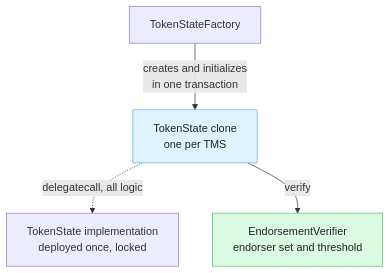
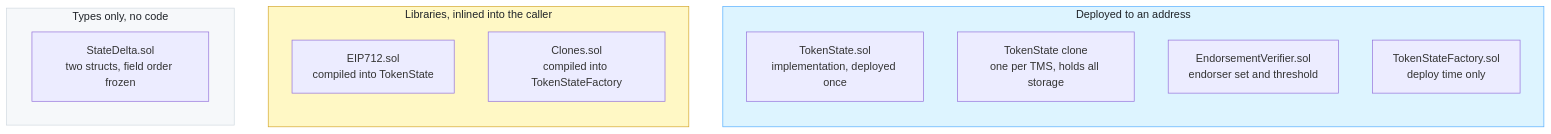
The seventh of 11 diagrams in docs/services/network-ethereum.md (LFDT-Panurus/panurus), drawn with Mermaid before and after one commit. The commit also changed other lines of this file, not shown here.

First line of the commit message:
docs(evm): split the contract flow into deployment and processing phases

````diff
--- a/docs/services/network-ethereum.md
+++ b/docs/services/network-ethereum.md
@@ -412,9 +416,24 @@
 ```mermaid
 flowchart TB
-    F["TokenStateFactory"] -->|"creates and initializes<br/>in one transaction"| C
-    C["TokenState clone<br/>one per TMS"] -.->|"delegatecall, all logic"| I["TokenState implementation<br/>deployed once, locked"]
-    C -->|"verify"| V["EndorsementVerifier<br/>endorser set and threshold"]
+    subgraph dep ["Deployed to an address"]
+        direction TB
+        TSI["TokenState.sol<br/>implementation, deployed once"]
+        TSC["TokenState clone<br/>one per TMS, holds all storage"]
+        EV["EndorsementVerifier.sol<br/>endorser set and threshold"]
+        FAC["TokenStateFactory.sol<br/>deploy time only"]
+    end
 
-    style C fill:#ddf4ff,stroke:#54aeff,color:#1f2328
-    style V fill:#dafbe1,stroke:#4ac26b,color:#1f2328
+    subgraph inl ["Libraries, inlined into the caller"]
+        direction TB
+        E712["EIP712.sol<br/>compiled into TokenState"]
+        CL["Clones.sol<br/>compiled into TokenStateFactory"]
+    end
+
+    subgraph typ ["Types only, no code"]
+        SD["StateDelta.sol<br/>two structs, field order frozen"]
+    end
+
+    style dep fill:#ddf4ff,stroke:#54aeff,color:#1f2328
+    style inl fill:#fff8c5,stroke:#d4a72c,color:#1f2328
+    style typ fill:#f6f8fa,stroke:#d1d9e0,color:#1f2328
 ```
````
